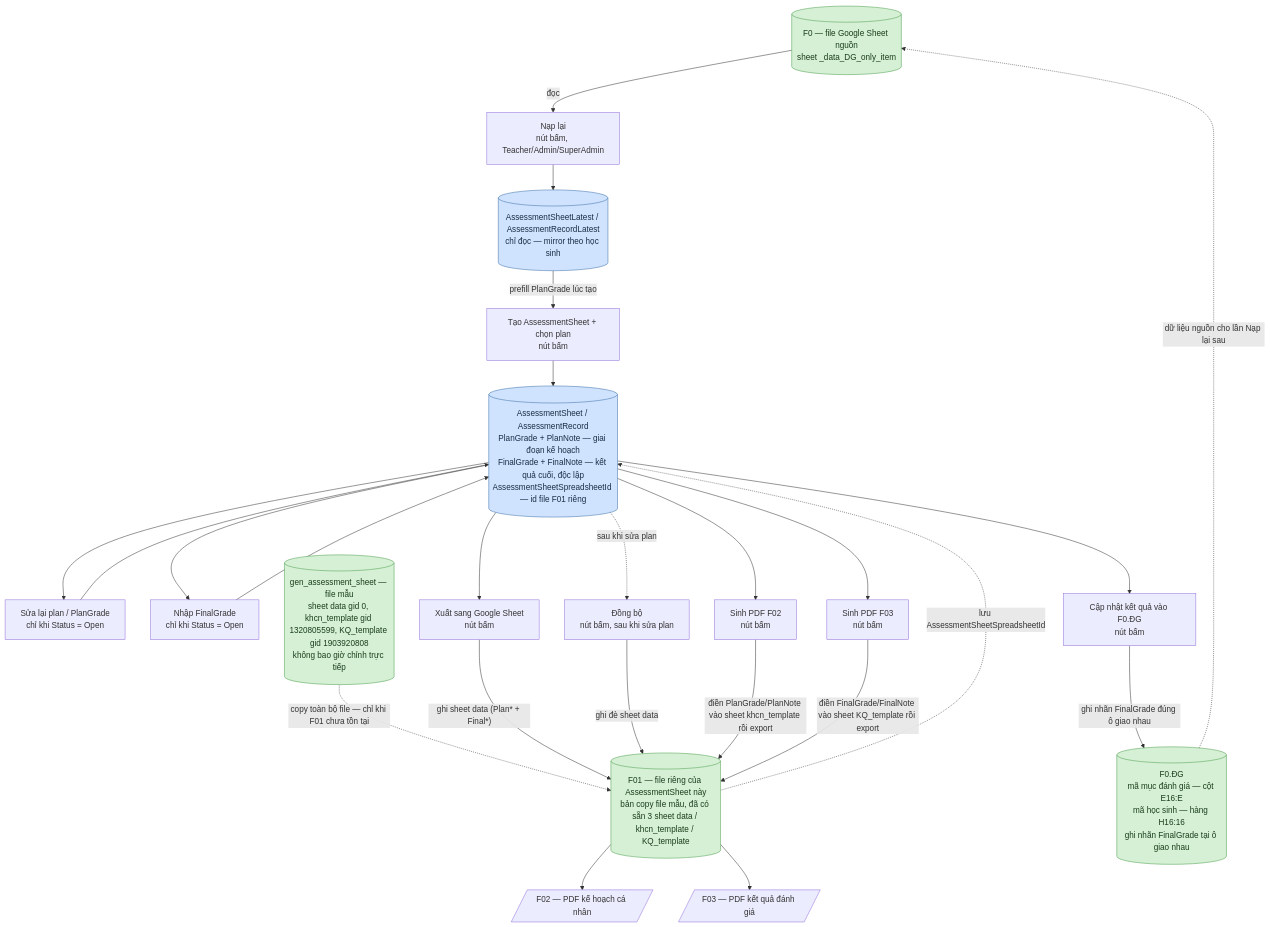
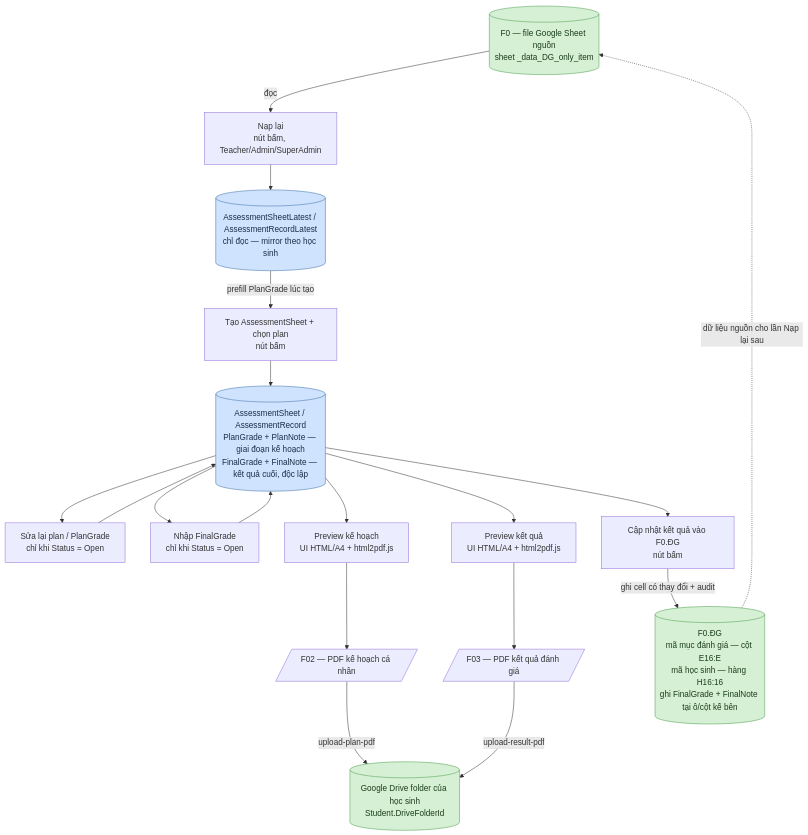
One commit to seangels/mam-non-portal changed the diagram in docs/requirements/09-bang-danh-gia-nang-luc-so-do-du-lieu.md. Above: the diagram before and after it, drawn with Mermaid. The commit also changed other lines of this file and 29 other files, not shown here.

Commit message:
ASH-CL-01 remove assessment sheet google sheet flow

````diff
--- a/docs/requirements/09-bang-danh-gia-nang-luc-so-do-du-lieu.md
+++ b/docs/requirements/09-bang-danh-gia-nang-luc-so-do-du-lieu.md
@@ -20,46 +20,36 @@
 ```mermaid
 flowchart TD
     F0[("F0 — file Google Sheet nguồn<br/>sheet _data_DG_only_item")]
     Fetch["Nạp lại<br/>nút bấm, Teacher/Admin/SuperAdmin"]
     Latest[("AssessmentSheetLatest / AssessmentRecordLatest<br/>chỉ đọc — mirror theo học sinh")]
 
     CreateSheet["Tạo AssessmentSheet + chọn plan<br/>nút bấm"]
-    Sheet[("AssessmentSheet / AssessmentRecord<br/>PlanGrade + PlanNote — giai đoạn kế hoạch<br/>FinalGrade + FinalNote — kết quả cuối, độc lập<br/>AssessmentSheetSpreadsheetId — id file F01 riêng")]
+    Sheet[("AssessmentSheet / AssessmentRecord<br/>PlanGrade + PlanNote — giai đoạn kế hoạch<br/>FinalGrade + FinalNote — kết quả cuối, độc lập")]
     EditPlan["Sửa lại plan / PlanGrade<br/>chỉ khi Status = Open"]
     EnterResult["Nhập FinalGrade<br/>chỉ khi Status = Open"]
 
-    Template[("gen_assessment_sheet — file mẫu<br/>sheet data gid 0, khcn_template gid 1320805599, KQ_template gid 1903920808<br/>không bao giờ chỉnh trực tiếp")]
-    F01[("F01 — file riêng của AssessmentSheet này<br/>bản copy file mẫu, đã có sẵn 3 sheet data / khcn_template / KQ_template")]
-
-    Export["Xuất sang Google Sheet<br/>nút bấm"]
-    Sync["Đồng bộ<br/>nút bấm, sau khi sửa plan"]
-    GenPlanPdf["Sinh PDF F02<br/>nút bấm"]
-    GenResultPdf["Sinh PDF F03<br/>nút bấm"]
+    PlanPreview["Preview kế hoạch<br/>UI HTML/A4 + html2pdf.js"]
+    ResultPreview["Preview kết quả<br/>UI HTML/A4 + html2pdf.js"]
     F02[/"F02 — PDF kế hoạch cá nhân"/]
     F03[/"F03 — PDF kết quả đánh giá"/]
+    Drive[("Google Drive folder của học sinh<br/>Student.DriveFolderId")]
 
     Submit["Cập nhật kết quả vào F0.ĐG<br/>nút bấm"]
-    F0DG[("F0.ĐG<br/>mã mục đánh giá — cột E16:E<br/>mã học sinh — hàng H16:16<br/>ghi nhãn FinalGrade tại ô giao nhau")]
+    F0DG[("F0.ĐG<br/>mã mục đánh giá — cột E16:E<br/>mã học sinh — hàng H16:16<br/>ghi FinalGrade + FinalNote tại ô/cột kế bên")]
 
     F0 -- đọc --> Fetch --> Latest
     Latest -- "prefill PlanGrade lúc tạo" --> CreateSheet --> Sheet
     Sheet --> EditPlan --> Sheet
     Sheet --> EnterResult --> Sheet
 
-    Template -. "copy toàn bộ file — chỉ khi F01 chưa tồn tại" .-> F01
-    F01 -. "lưu AssessmentSheetSpreadsheetId" .-> Sheet
+    Sheet --> PlanPreview --> F02 -- "upload-plan-pdf" --> Drive
+    Sheet --> ResultPreview --> F03 -- "upload-result-pdf" --> Drive
 
-    Sheet --> Export -- "ghi sheet data (Plan* + Final*)" --> F01
-    Sheet -. "sau khi sửa plan" .-> Sync -- "ghi đè sheet data" --> F01
-
-    Sheet --> GenPlanPdf -- "điền PlanGrade/PlanNote vào sheet khcn_template rồi export" --> F01 --> F02
-    Sheet --> GenResultPdf -- "điền FinalGrade/FinalNote vào sheet KQ_template rồi export" --> F01 --> F03
-
-    Sheet --> Submit -- "ghi nhãn FinalGrade đúng ô giao nhau" --> F0DG
+    Sheet --> Submit -- "ghi cell có thay đổi + audit" --> F0DG
     F0DG -. "dữ liệu nguồn cho lần Nạp lại sau" .-> F0
 
     classDef db fill:#cfe3ff,stroke:#3a6ea5,color:#1a2e44;
     classDef sheet fill:#d6f0d6,stroke:#4a9c4a,color:#1a3d1a;
     class Sheet,Latest db;
-    class F0,Template,F01,F0DG sheet;
+    class F0,F0DG,Drive sheet;
 ```
````
